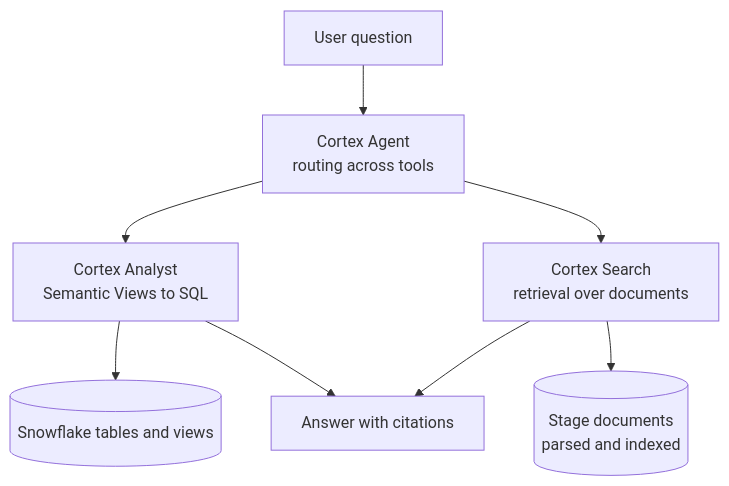
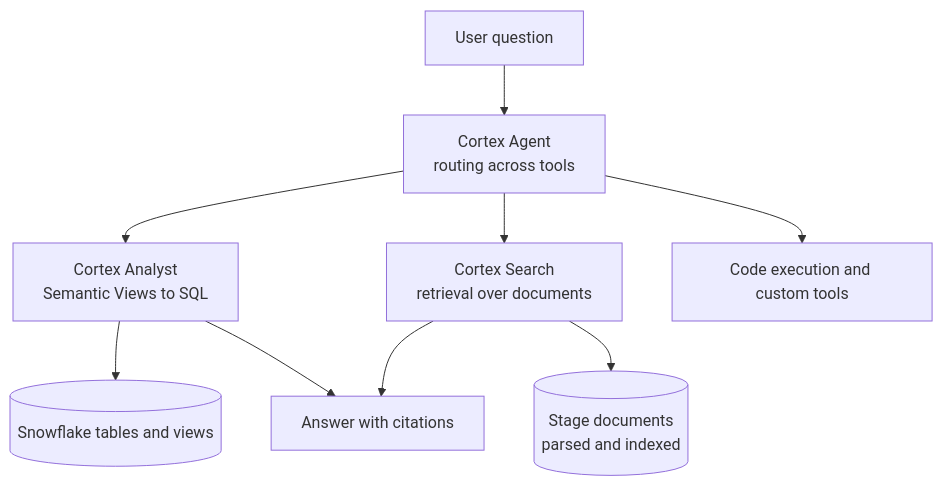
The first of 6 diagrams in temp/Snowflake Agent体系-成稿.md (devweekly/devweekly.github.io), drawn with Mermaid before and after one commit. The commit also changed other lines of this file, not shown here.

````diff
--- a/temp/Snowflake Agent体系-成稿.md
+++ b/temp/Snowflake Agent体系-成稿.md
@@ -28,18 +30,20 @@
 ```mermaid
 flowchart TD
     Q["User question"]
     CA["Cortex Agent<br/>routing across tools"]
     AN["Cortex Analyst<br/>Semantic Views to SQL"]
     CS["Cortex Search<br/>retrieval over documents"]
+    CE["Code execution and custom tools"]
     DB[("Snowflake tables and views")]
     ST[("Stage documents<br/>parsed and indexed")]
     A["Answer with citations"]
 
     Q --> CA
     CA --> AN
     CA --> CS
+    CA --> CE
     AN --> DB
     CS --> ST
     AN --> A
     CS --> A
 ```
````
